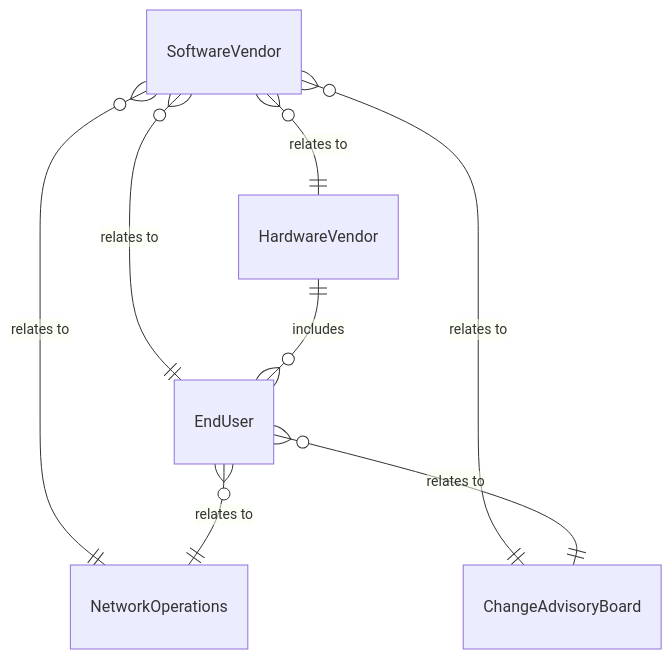
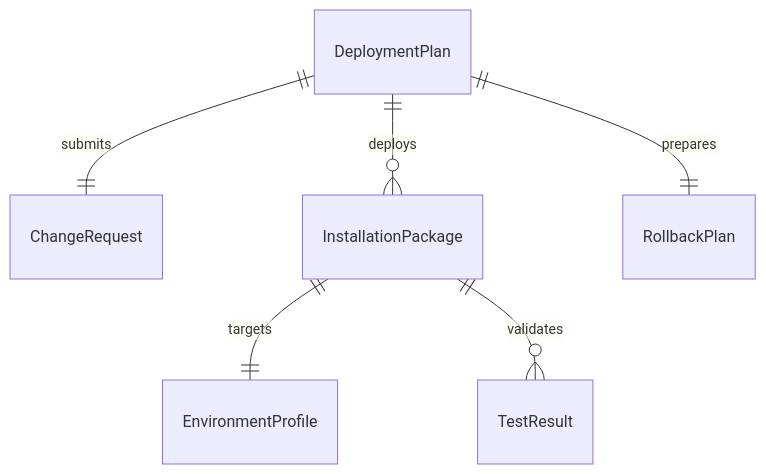
The first of 4 diagrams in GuidingDirectingAndMotivatingSubordinates/DirectScientificOrTechnicalActivities/CoordinateSoftwareHardwareInstallation.mdx (dot-org-ai/tasks.org.ai), drawn with Mermaid before and after one commit. The commit also changed other lines of this file and 515 other files, not shown here.

````diff
--- a/GuidingDirectingAndMotivatingSubordinates/DirectScientificOrTechnicalActivities/CoordinateSoftwareHardwareInstallation.mdx
+++ b/GuidingDirectingAndMotivatingSubordinates/DirectScientificOrTechnicalActivities/CoordinateSoftwareHardwareInstallation.mdx
@@ -88,10 +88,8 @@
 ```mermaid
 erDiagram
-    SoftwareVendor }o--|| HardwareVendor : "relates to"
-    SoftwareVendor }o--|| EndUser : "relates to"
-    SoftwareVendor }o--|| NetworkOperations : "relates to"
-    SoftwareVendor }o--|| ChangeAdvisoryBoard : "relates to"
-    HardwareVendor ||--o{ EndUser : includes
-    EndUser }o--|| NetworkOperations : "relates to"
-    EndUser }o--|| ChangeAdvisoryBoard : "relates to"
+    DeploymentPlan ||--|| ChangeRequest : "submits"
+    DeploymentPlan ||--o{ InstallationPackage : "deploys"
+    InstallationPackage ||--|| EnvironmentProfile : "targets"
+    DeploymentPlan ||--|| RollbackPlan : "prepares"
+    InstallationPackage ||--o{ TestResult : "validates"
 ```
````
